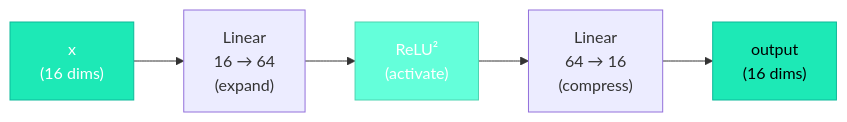
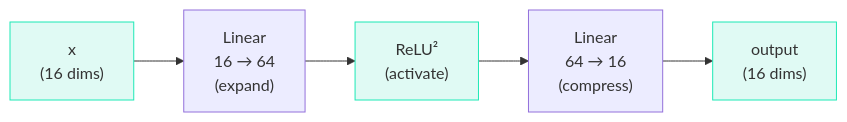
Before and after one commit to iamkhalid2/microgpt-course: the diagram in docs/03-the-architecture/08-the-mlp-block.md, drawn with Mermaid. The commit also changed 21 other files, not shown here.

Commit message:
Fix Mermaid: remove hardcoded text color (theme-adaptive), add mobile scrolling, fix \\n to br

````diff
--- a/docs/03-the-architecture/08-the-mlp-block.md
+++ b/docs/03-the-architecture/08-the-mlp-block.md
@@ -13,11 +13,11 @@
 ```mermaid
 flowchart LR
-    X["x\n(16 dims)"] --> FC1["Linear\n16 → 64\n(expand)"]
-    FC1 --> ACT["ReLU²\n(activate)"]
-    ACT --> FC2["Linear\n64 → 16\n(compress)"]
-    FC2 --> OUT["output\n(16 dims)"]
+    X["x<br>(16 dims)"] --> FC1["Linear<br>16 → 64<br>(expand)"]
+    FC1 --> ACT["ReLU²<br>(activate)"]
+    ACT --> FC2["Linear<br>64 → 16<br>(compress)"]
+    FC2 --> OUT["output<br>(16 dims)"]
 
-    style X fill:#1de9b6,stroke:#0db99a,color:#fff
-    style ACT fill:#64ffda,stroke:#4dd4b0,color:#fff
-    style OUT fill:#1de9b6,stroke:#0db99a,color:#000
+    style X fill:#e0faf4,stroke:#1de9b6
+    style ACT fill:#e0faf4,stroke:#1de9b6
+    style OUT fill:#e0faf4,stroke:#1de9b6
 ```
````
